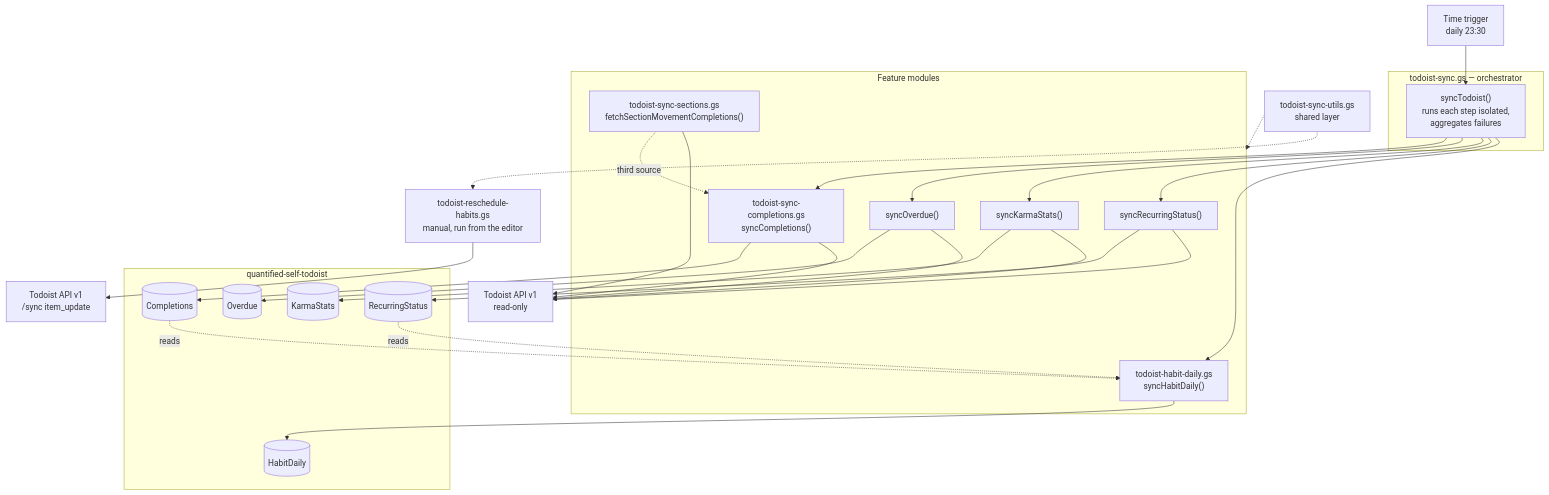
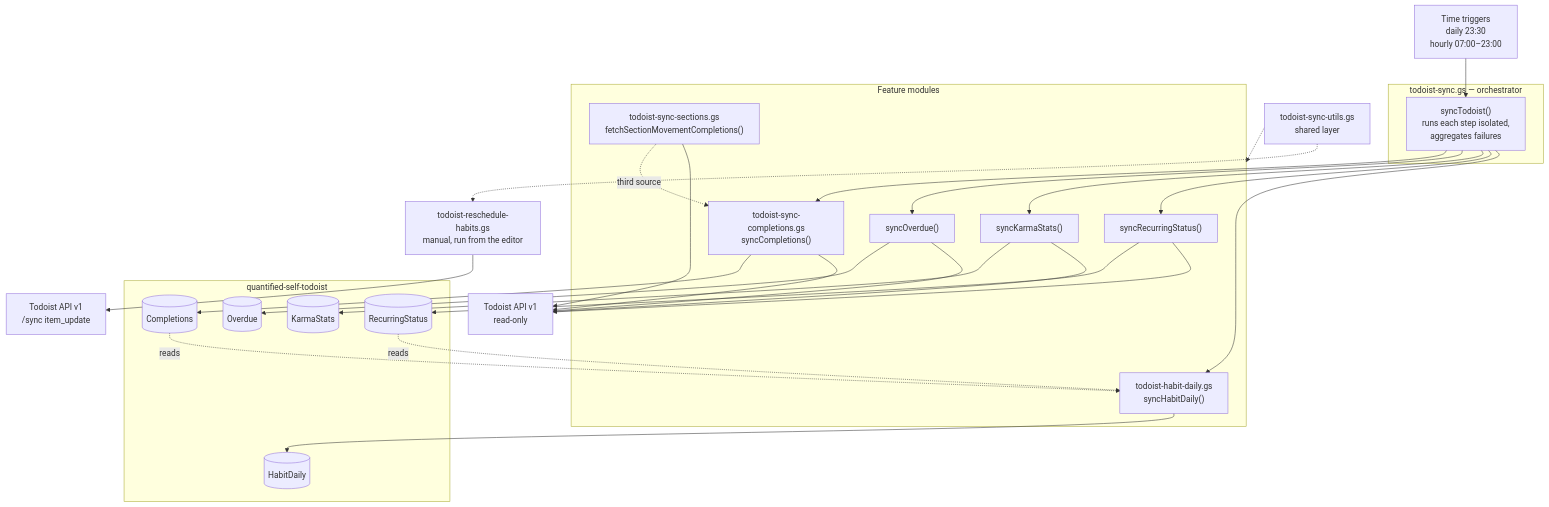
Before and after one commit to AlbertoMata/quantified-self: the diagram in docs/todoist/architecture.md, drawn with Mermaid. The commit also changed other lines of this file and 5 other files, not shown here.

````diff
--- a/docs/todoist/architecture.md
+++ b/docs/todoist/architecture.md
@@ -32,49 +32,49 @@
 ```mermaid
 flowchart TD
-    TRIG["Time trigger<br/>daily 23:30"] --> ORCH
+    TRIG["Time triggers<br/>daily 23:30<br/>hourly 07:00–23:00"] --> ORCH
 
     subgraph Entry["todoist-sync.gs — orchestrator"]
         ORCH["syncTodoist()<br/>runs each step isolated,<br/>aggregates failures"]
     end
 
     subgraph Modules["Feature modules"]
         COMP["todoist-sync-completions.gs<br/>syncCompletions()"]
         SECT["todoist-sync-sections.gs<br/>fetchSectionMovementCompletions()"]
         OVER["syncOverdue()"]
         KARMA["syncKarmaStats()"]
         RECUR["syncRecurringStatus()"]
         HABIT["todoist-habit-daily.gs<br/>syncHabitDaily()"]
     end
 
     subgraph Sheets["quantified-self-todoist"]
         T1[("Completions")]
         T2[("Overdue")]
         T3[("KarmaStats")]
         T4[("RecurringStatus")]
         T5[("HabitDaily")]
     end
 
     API["Todoist API v1<br/>read-only"]
     WAPI["Todoist API v1<br/>/sync item_update"]
 
     ORCH --> COMP --> T1
     ORCH --> OVER --> T2
     ORCH --> KARMA --> T3
     ORCH --> RECUR --> T4
     ORCH --> HABIT --> T5
 
     SECT -.->|third source| COMP
     COMP --> API
     OVER --> API
     KARMA --> API
     RECUR --> API
     SECT --> API
 
     T1 -.->|reads| HABIT
     T4 -.->|reads| HABIT
 
     RESCHED["todoist-reschedule-habits.gs<br/>manual, run from the editor"] --> WAPI
 
     UTIL["todoist-sync-utils.gs<br/>shared layer"] -.-> Modules
     UTIL -.-> RESCHED
 ```
````
